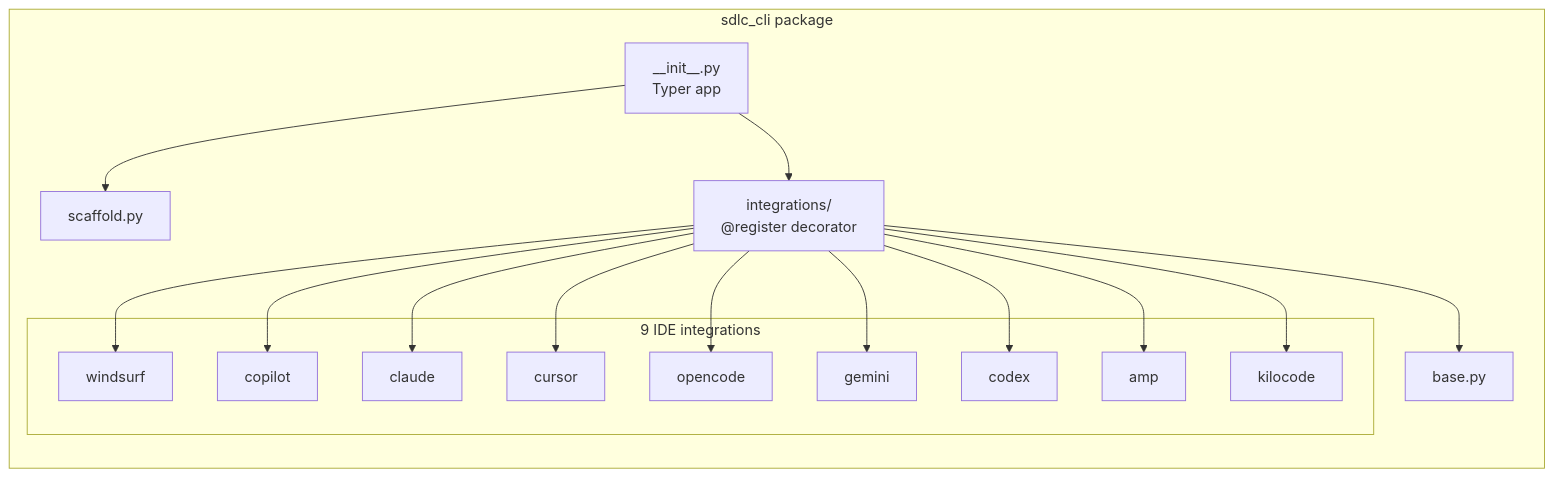
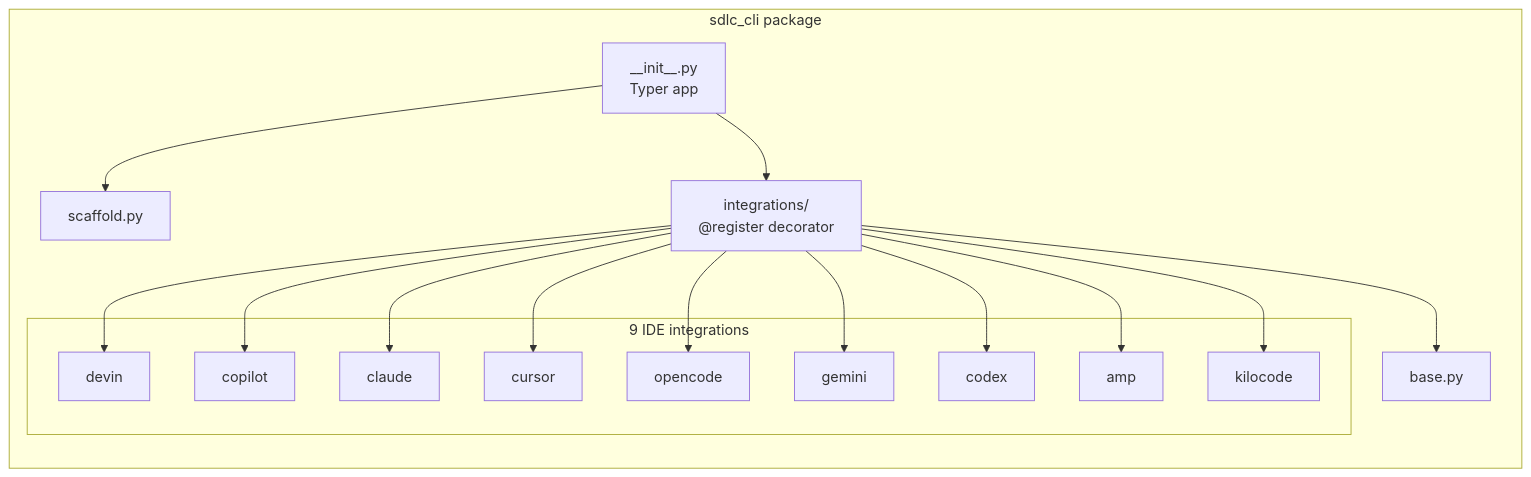
One commit to bitbitcodes/autonomous-sdlc changed the third of 6 diagrams in docs/architecture.md. Above: the diagram before and after it, drawn with Mermaid. The commit also changed other lines of this file and 131 other files, not shown here.

````diff
--- a/docs/architecture.md
+++ b/docs/architecture.md
@@ -140,27 +140,27 @@
 ```mermaid
 graph LR
     subgraph "sdlc_cli package"
         CLI["__init__.py<br/>Typer app"]
         SCAFFOLD[scaffold.py]
         REGISTRY["integrations/<br/>@register decorator"]
         BASE[base.py]
 
         CLI --> SCAFFOLD
         CLI --> REGISTRY
         REGISTRY --> BASE
 
         subgraph "9 IDE integrations"
-            W[windsurf]
+            W[devin]
             CO[copilot]
             CL[claude]
             CU[cursor]
             OC[opencode]
             GE[gemini]
             CD[codex]
             AM[amp]
             KI[kilocode]
         end
 
         REGISTRY --> W & CO & CL & CU & OC & GE & CD & AM & KI
     end
 ```
````
